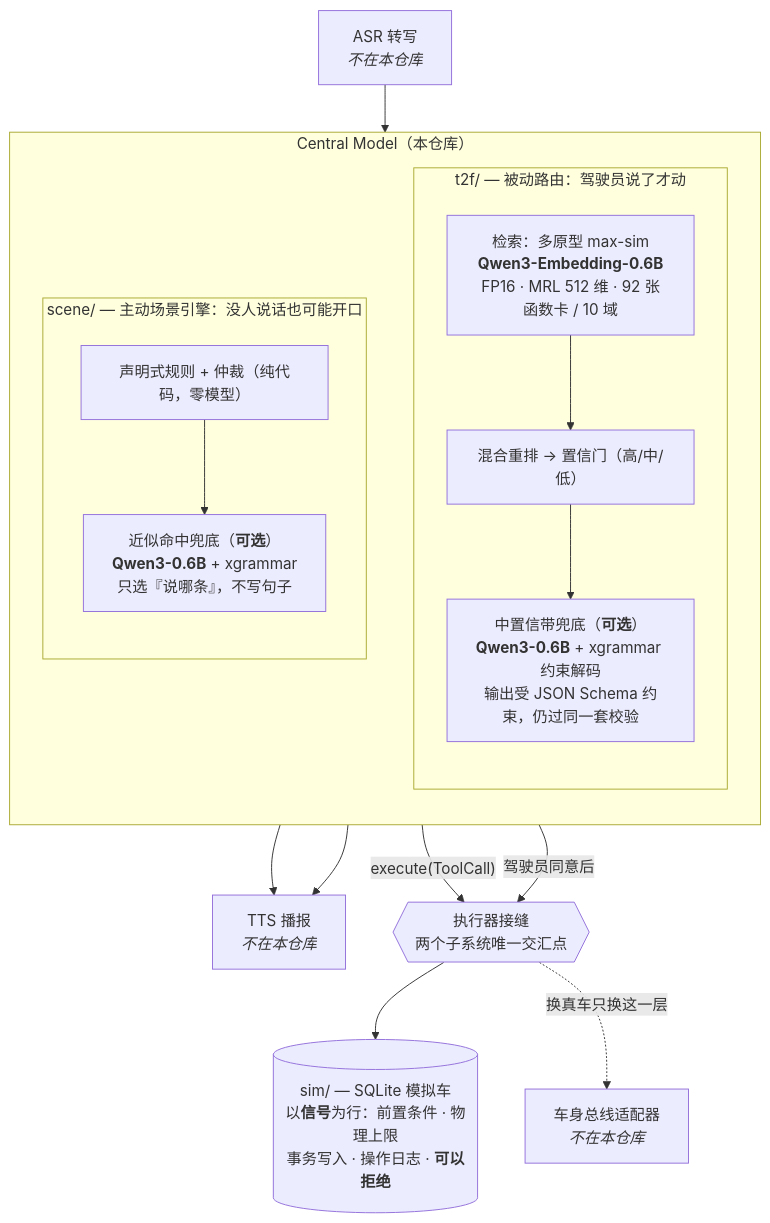
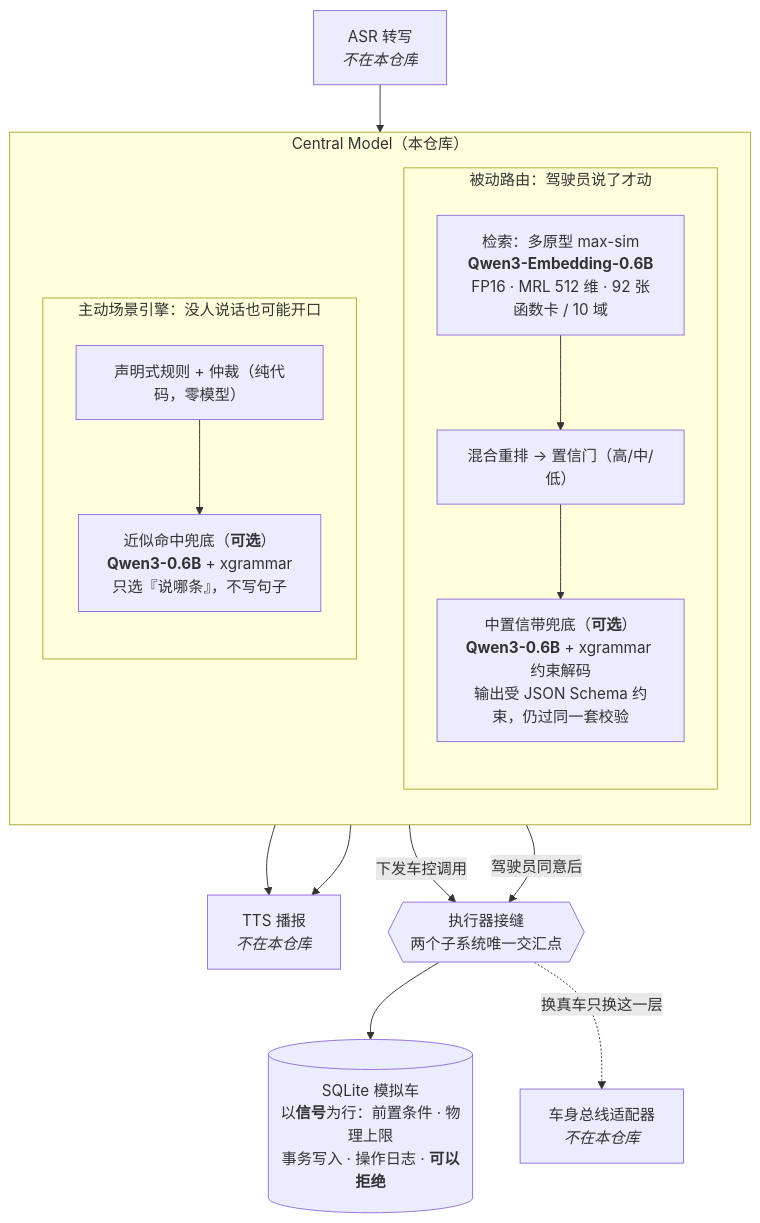
Before and after one commit to vinc-lin/text-to-function: the first of 2 diagrams in docs/OVERVIEW.zh.md, drawn with Mermaid. The commit also changed other lines of this file, not shown here.

````diff
--- a/docs/OVERVIEW.zh.md
+++ b/docs/OVERVIEW.zh.md
@@ -12,26 +12,26 @@
 ```mermaid
 flowchart TB
     ASR["ASR 转写<br/><i>不在本仓库</i>"] --> T2F
     subgraph CM["Central Model（本仓库）"]
         direction TB
-        subgraph T2F["t2f/ — 被动路由：驾驶员说了才动"]
+        subgraph T2F["被动路由：驾驶员说了才动"]
             direction TB
             E["检索：多原型 max-sim<br/><b>Qwen3-Embedding-0.6B</b><br/>FP16 · MRL 512 维 · 92 张函数卡 / 10 域"]
             G["混合重排 → 置信门（高/中/低）"]
             L["中置信带兜底（<b>可选</b>）<br/><b>Qwen3-0.6B</b> + xgrammar 约束解码<br/>输出受 JSON Schema 约束，仍过同一套校验"]
             E --> G --> L
         end
-        subgraph SC["scene/ — 主动场景引擎：没人说话也可能开口"]
+        subgraph SC["主动场景引擎：没人说话也可能开口"]
             direction TB
             R["声明式规则 + 仲裁（纯代码，零模型）"]
             F["近似命中兜底（<b>可选</b>）<br/><b>Qwen3-0.6B</b> + xgrammar<br/>只选『说哪条』，不写句子"]
             R --> F
         end
     end
     T2F --> TTS["TTS 播报<br/><i>不在本仓库</i>"]
     SC --> TTS
-    T2F -->|"execute(ToolCall)"| SEAM{{"执行器接缝<br/>两个子系统唯一交汇点"}}
+    T2F -->|"下发车控调用"| SEAM{{"执行器接缝<br/>两个子系统唯一交汇点"}}
     SC -->|"驾驶员同意后"| SEAM
-    SEAM --> SIM[("sim/ — SQLite 模拟车<br/>以<b>信号</b>为行：前置条件 · 物理上限<br/>事务写入 · 操作日志 · <b>可以拒绝</b>")]
+    SEAM --> SIM[("SQLite 模拟车<br/>以<b>信号</b>为行：前置条件 · 物理上限<br/>事务写入 · 操作日志 · <b>可以拒绝</b>")]
     SEAM -.->|"换真车只换这一层"| BUS["车身总线适配器<br/><i>不在本仓库</i>"]
 ```
````
